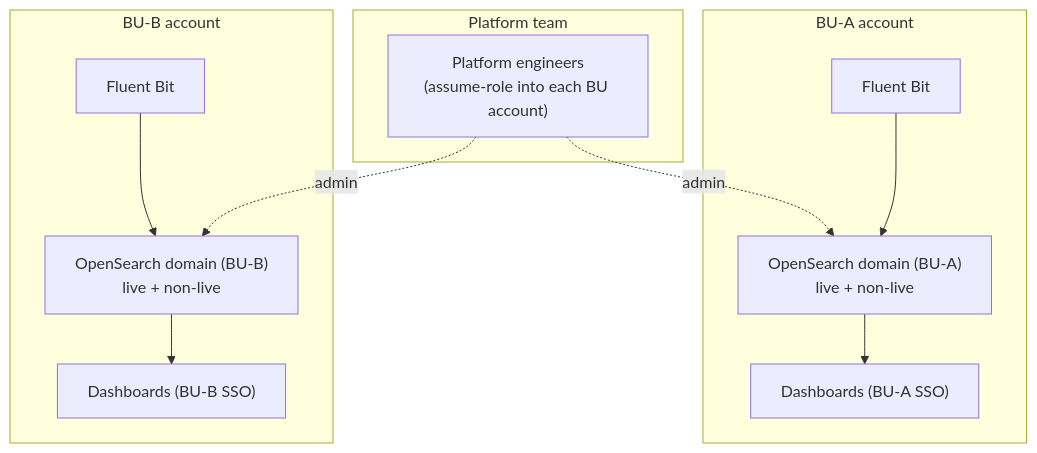
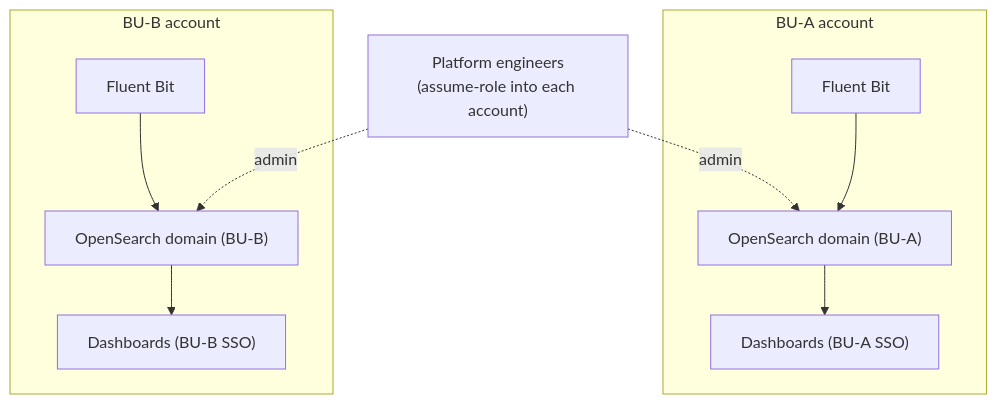
One commit to ministryofjustice/cloud-platform changed the second of 3 diagrams in architecture-decision-record/cp30/ADR-017-opensearch-deployment-model.md. Above: the diagram before and after it, drawn with Mermaid. The commit also changed other lines of this file, not shown here.

````diff
--- a/architecture-decision-record/cp30/ADR-017-opensearch-deployment-model.md
+++ b/architecture-decision-record/cp30/ADR-017-opensearch-deployment-model.md
@@ -167,16 +125,14 @@
 ```mermaid
 flowchart TB
   subgraph BUA["BU-A account"]
-    FBA["Fluent Bit"] --> OSA["OpenSearch domain (BU-A)<br/>live + non-live"]
+    FBA["Fluent Bit"] --> OSA["OpenSearch domain (BU-A)"]
     OSA --> DA["Dashboards (BU-A SSO)"]
   end
   subgraph BUB["BU-B account"]
-    FBB["Fluent Bit"] --> OSB["OpenSearch domain (BU-B)<br/>live + non-live"]
+    FBB["Fluent Bit"] --> OSB["OpenSearch domain (BU-B)"]
     OSB --> DB["Dashboards (BU-B SSO)"]
   end
-  subgraph PLAT["Platform team"]
-    PE["Platform engineers<br/>(assume-role into each BU account)"]
-  end
+  PE["Platform engineers<br/>(assume-role into each account)"]
   PE -. admin .-> OSA
   PE -. admin .-> OSB
 ```
````
